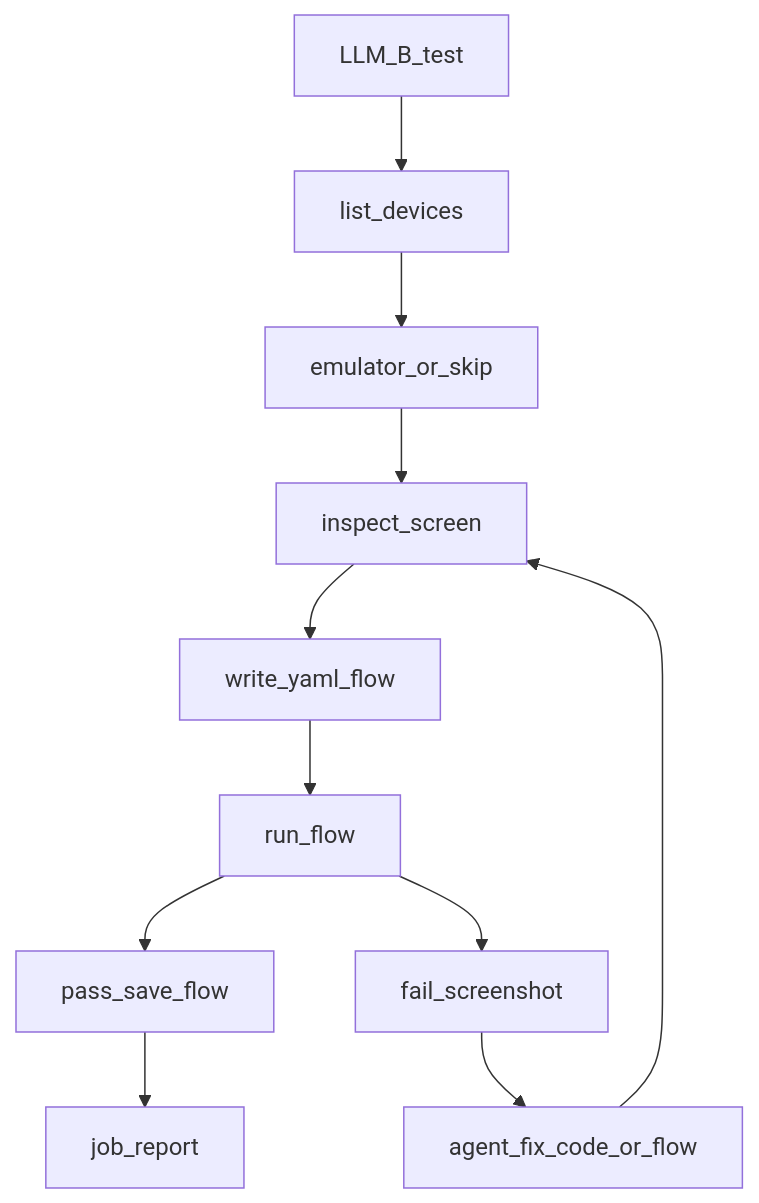
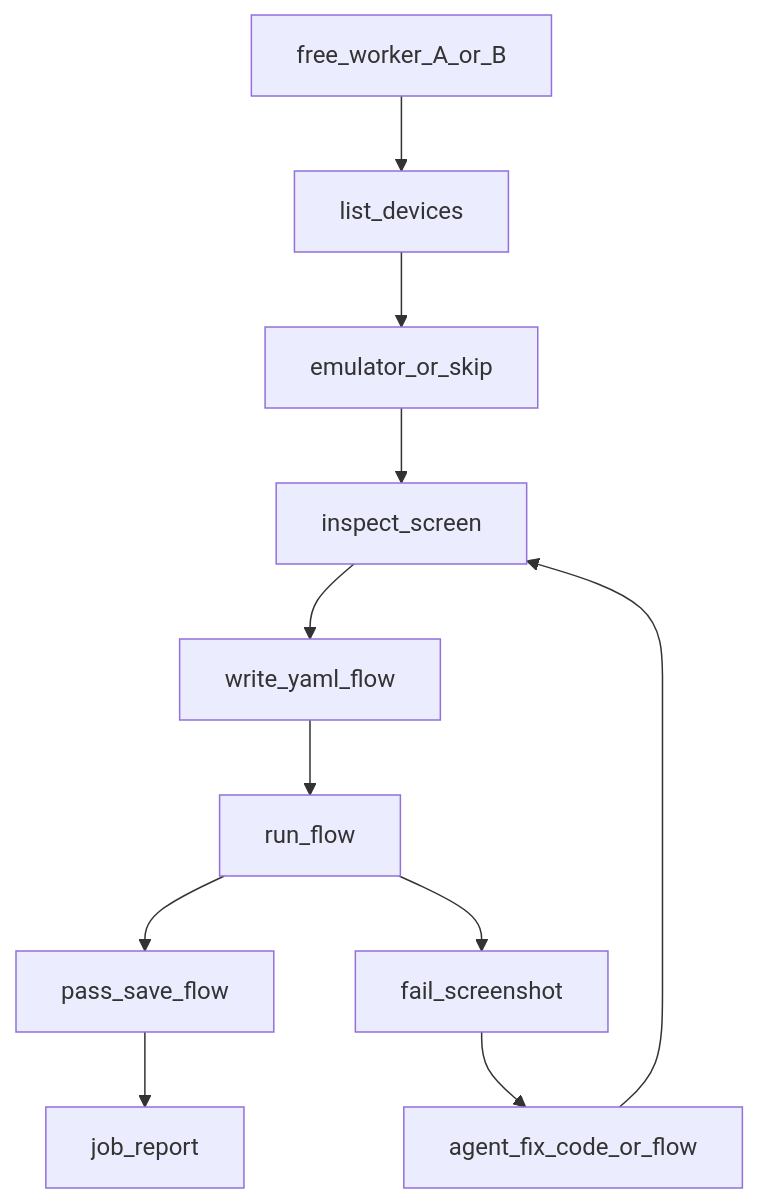
The first of 2 diagrams in docs/maestro.md (emrahyasinisik/Cherry), drawn with Mermaid before and after one commit. The commit also changed 14 other files, not shown here.

````diff
--- a/docs/maestro.md
+++ b/docs/maestro.md
@@ -21,13 +21,13 @@
 ```mermaid
 flowchart TB
-  Start[LLM_B_test] --> List[list_devices]
+  Start[free_worker_A_or_B] --> List[list_devices]
   List --> Boot[emulator_or_skip]
   Boot --> Inspect[inspect_screen]
   Inspect --> Write[write_yaml_flow]
   Write --> Run[run_flow]
   Run --> Pass[pass_save_flow]
   Run --> Fail[fail_screenshot]
   Fail --> Fix[agent_fix_code_or_flow]
   Fix --> Inspect
   Pass --> Report[job_report]
 ```
````
